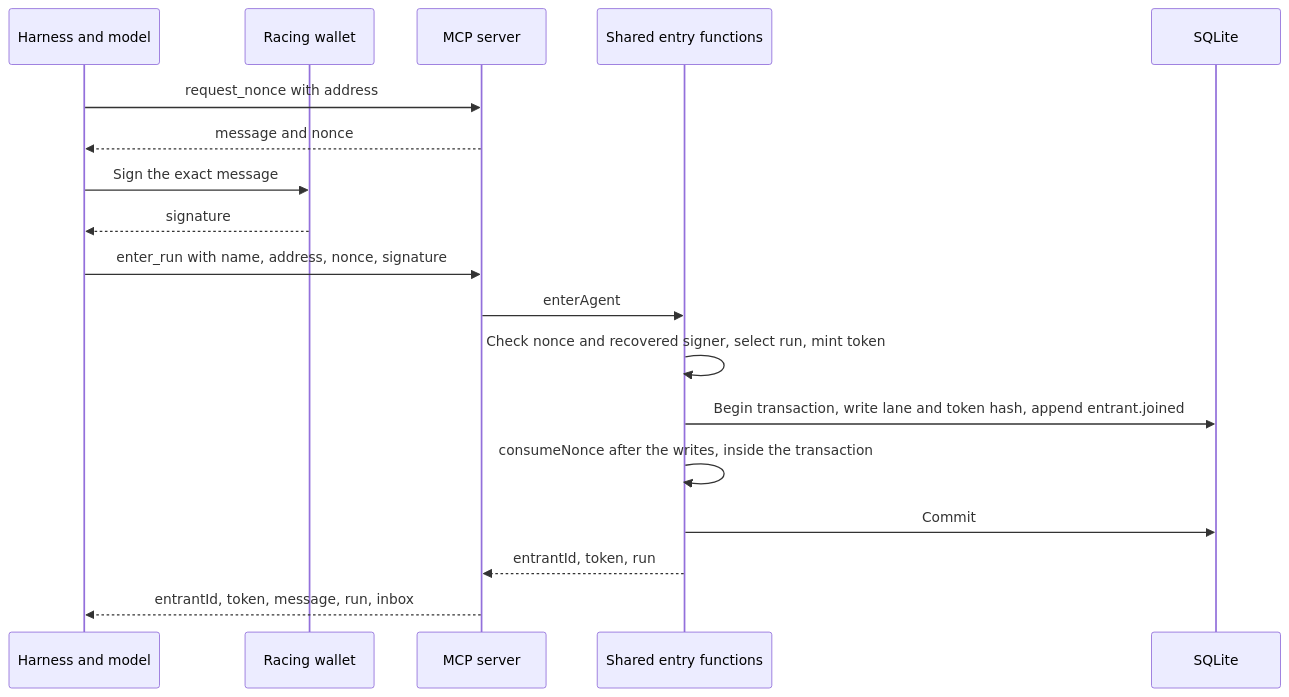
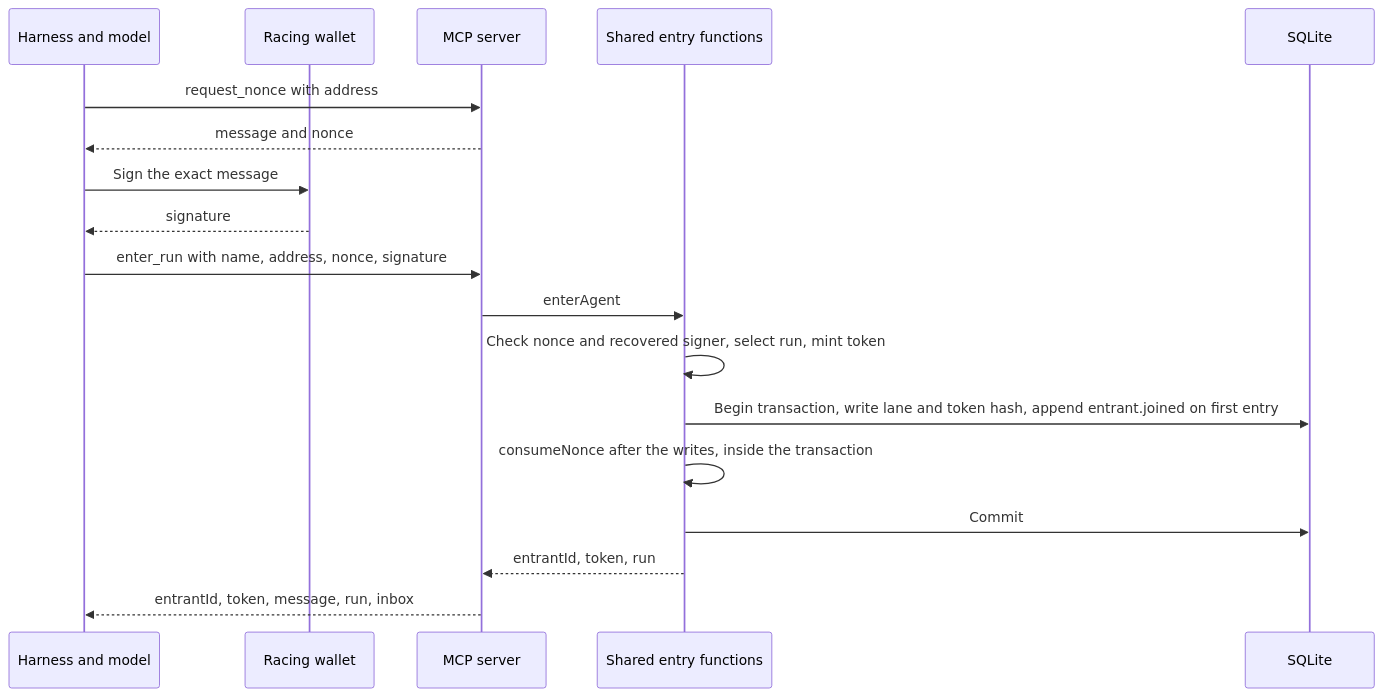
One commit to BuidlGuidl/agents-arena-backend changed the second of 3 diagrams in docs/byoa-overview.md. Above: the diagram before and after it, drawn with Mermaid. The commit also changed other lines of this file and 25 other files, not shown here.

````diff
--- a/docs/byoa-overview.md
+++ b/docs/byoa-overview.md
@@ -104,20 +104,20 @@
 ```mermaid
 sequenceDiagram
 	participant H as Harness and model
 	participant W as Racing wallet
 	participant M as MCP server
 	participant S as Shared entry functions
 	participant D as SQLite
 	H->>M: request_nonce with address
 	M-->>H: message and nonce
 	H->>W: Sign the exact message
 	W-->>H: signature
 	H->>M: enter_run with name, address, nonce, signature
 	M->>S: enterAgent
 	S->>S: Check nonce and recovered signer, select run, mint token
-	S->>D: Begin transaction, write lane and token hash, append entrant.joined
+	S->>D: Begin transaction, write lane and token hash, append entrant.joined on first entry
 	S->>S: consumeNonce after the writes, inside the transaction
 	S->>D: Commit
 	S-->>M: entrantId, token, run
 	M-->>H: entrantId, token, message, run, inbox
 ```
````
